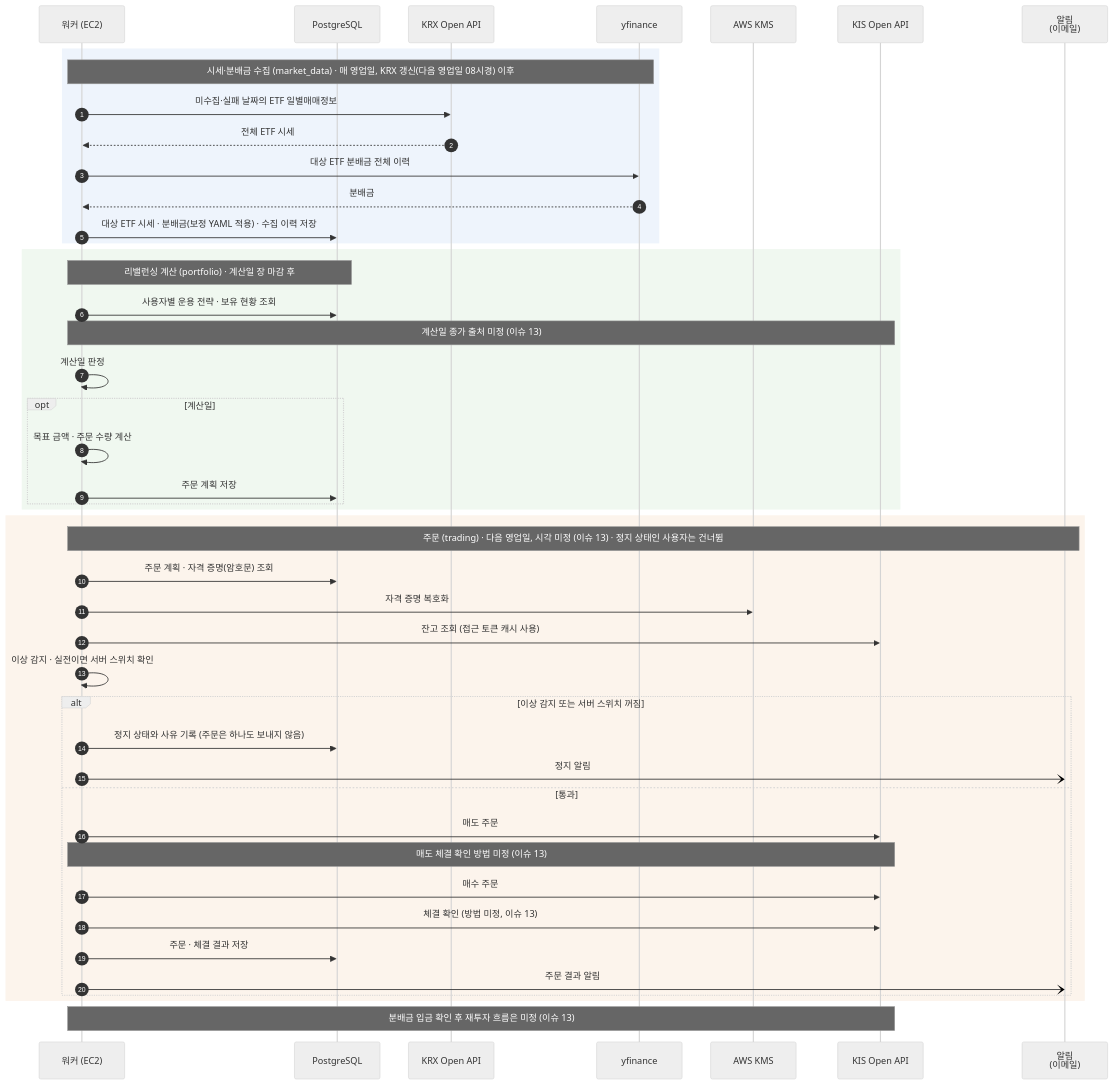
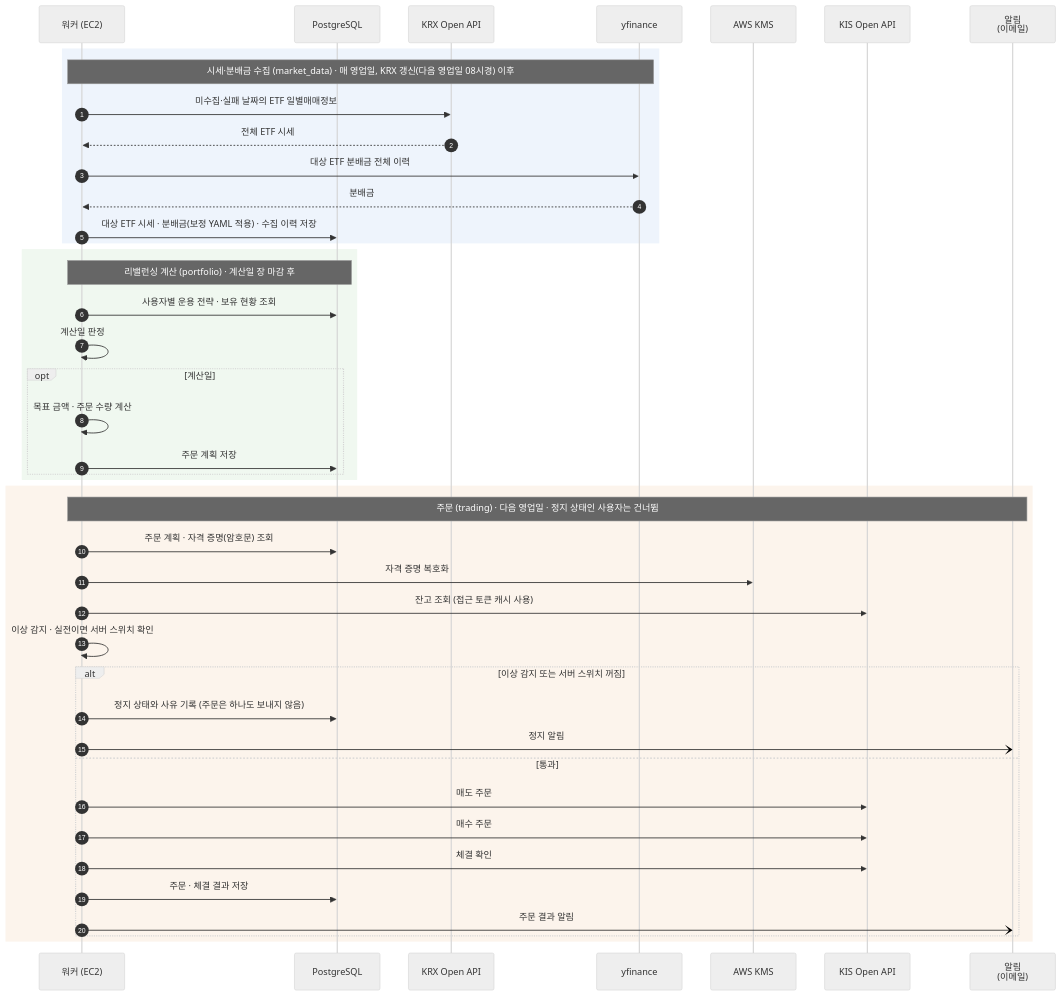
One commit to tukorea-capston-project/etf-rebalancing changed the third of 3 diagrams in docs/architecture.md. Above: the diagram before and after it, drawn with Mermaid (neutral theme). The commit also changed other lines of this file and 22 other files, not shown here.

````diff
--- a/docs/architecture.md
+++ b/docs/architecture.md
@@ -187,52 +186,48 @@
 ```mermaid
 sequenceDiagram
     autonumber
     participant W as 워커 (EC2)
     participant DB as PostgreSQL
     participant KRX as KRX Open API
     participant YF as yfinance
     participant KMS as AWS KMS
     participant KIS as KIS Open API
     participant N as 알림<br/>(이메일)
 
     rect rgb(238, 244, 252)
         Note over W,YF: 시세·분배금 수집 (market_data) · 매 영업일, KRX 갱신(다음 영업일 08시경) 이후
         W->>KRX: 미수집·실패 날짜의 ETF 일별매매정보
         KRX-->>W: 전체 ETF 시세
         W->>YF: 대상 ETF 분배금 전체 이력
         YF-->>W: 분배금
         W->>DB: 대상 ETF 시세 · 분배금(보정 YAML 적용) · 수집 이력 저장
     end
 
     rect rgb(240, 248, 240)
         Note over W,DB: 리밸런싱 계산 (portfolio) · 계산일 장 마감 후
         W->>DB: 사용자별 운용 전략 · 보유 현황 조회
-        Note over W,KIS: 계산일 종가 출처 미정 (이슈 13)
         W->>W: 계산일 판정
         opt 계산일
             W->>W: 목표 금액 · 주문 수량 계산
             W->>DB: 주문 계획 저장
         end
     end
 
     rect rgb(252, 244, 236)
-        Note over W,N: 주문 (trading) · 다음 영업일, 시각 미정 (이슈 13) · 정지 상태인 사용자는 건너뜀
+        Note over W,N: 주문 (trading) · 다음 영업일 · 정지 상태인 사용자는 건너뜀
         W->>DB: 주문 계획 · 자격 증명(암호문) 조회
         W->>KMS: 자격 증명 복호화
         W->>KIS: 잔고 조회 (접근 토큰 캐시 사용)
         W->>W: 이상 감지 · 실전이면 서버 스위치 확인
         alt 이상 감지 또는 서버 스위치 꺼짐
             W->>DB: 정지 상태와 사유 기록 (주문은 하나도 보내지 않음)
             W-)N: 정지 알림
         else 통과
             W->>KIS: 매도 주문
-            Note over W,KIS: 매도 체결 확인 방법 미정 (이슈 13)
             W->>KIS: 매수 주문
-            W->>KIS: 체결 확인 (방법 미정, 이슈 13)
+            W->>KIS: 체결 확인
             W->>DB: 주문 · 체결 결과 저장
             W-)N: 주문 결과 알림
         end
     end
-
-    Note over W,KIS: 분배금 입금 확인 후 재투자 흐름은 미정 (이슈 13)
 ```
````
